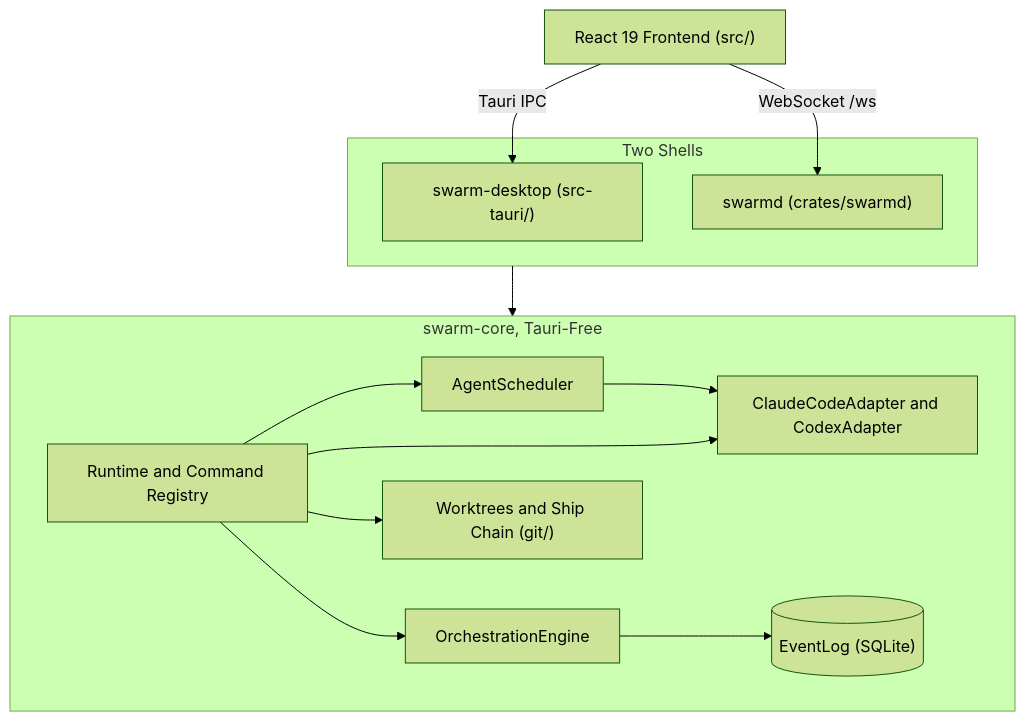
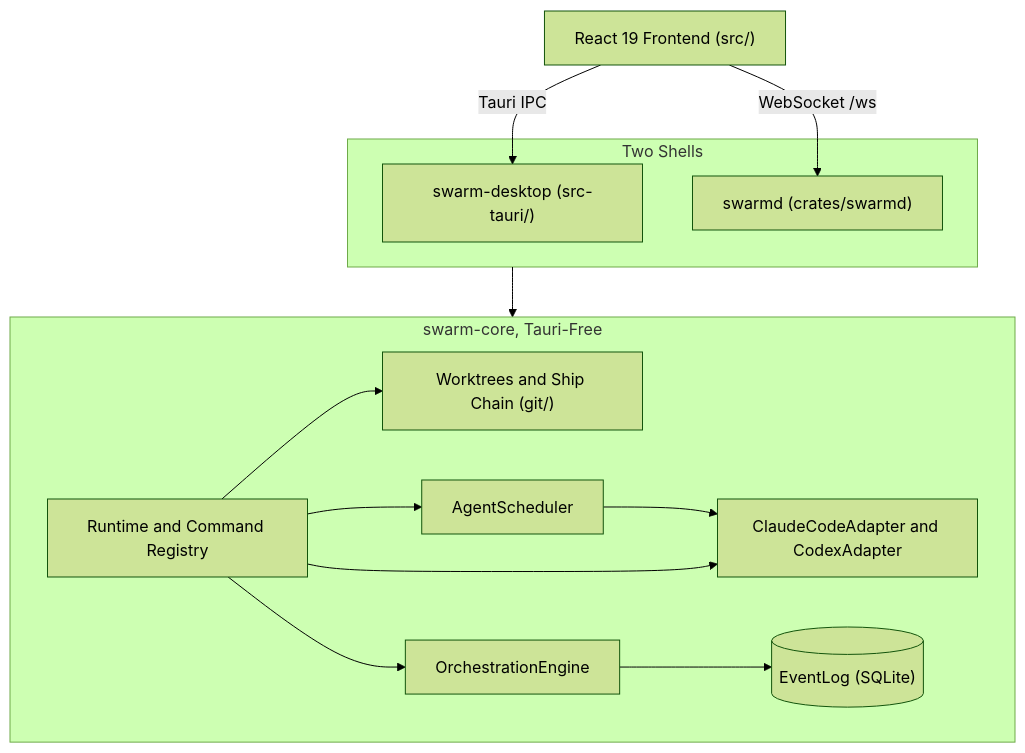
One commit to ABCrimson/Swarm changed the diagram in README.md. Above: the diagram before and after it, drawn with Mermaid (forest theme). The commit also changed other lines of this file, not shown here.

First line of the commit message:
docs(readme): hero outside the heading; declare the git edge first

````diff
--- a/README.md
+++ b/README.md
@@ -82,25 +82,25 @@
 ```mermaid
 flowchart TB
     FE["React 19 Frontend (src/)"]
     subgraph shells["Two Shells"]
         DESK["swarm-desktop (src-tauri/)"]
         DAEMON["swarmd (crates/swarmd)"]
     end
     subgraph core["swarm-core, Tauri-Free"]
         RT["Runtime and Command Registry"]
         SCHED["AgentScheduler"]
         PROV["ClaudeCodeAdapter and CodexAdapter"]
         ENG["OrchestrationEngine"]
         LOG[("EventLog (SQLite)")]
         GIT["Worktrees and Ship Chain (git/)"]
     end
     FE -->|"Tauri IPC"| DESK
     FE -->|"WebSocket /ws"| DAEMON
     shells --> core
+    RT --> GIT
     RT --> SCHED
     SCHED --> PROV
     RT --> PROV
     RT --> ENG
     ENG --> LOG
-    RT --> GIT
 ```
````
